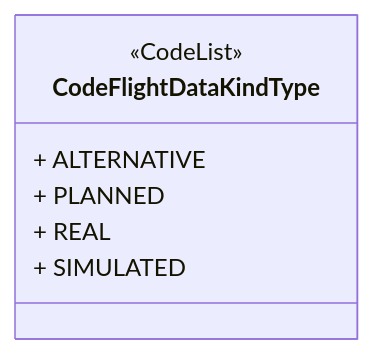
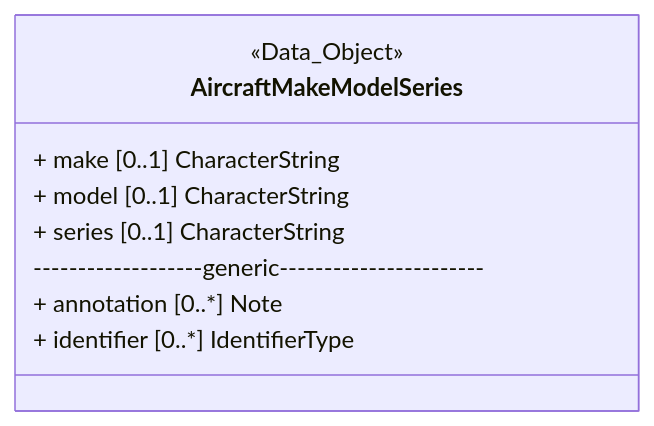
Diagram 11 of 46 in README.md (hlepori/testAIRM), drawn with Mermaid before and after one commit. The commit also changed other lines of this file, not shown here.

````diff
--- a/README.md
+++ b/README.md
@@ -400,10 +342,12 @@
 ```mermaid	
 classDiagram	
-class CodeFlightDataKindType	
-<<CodeList>> CodeFlightDataKindType	
-link CodeFlightDataKindType "https://airm.aero/developers/advanced-search/1.0.0/CodeFlightDataKindType?model=LogicalModel" "Go to definition"	
-CodeFlightDataKindType : + ALTERNATIVE	
-CodeFlightDataKindType : + PLANNED	
-CodeFlightDataKindType : + REAL	
-CodeFlightDataKindType : + SIMULATED	
+class AircraftMakeModelSeries	
+<<Data_Object>> AircraftMakeModelSeries	
+link AircraftMakeModelSeries "https://airm.aero/developers/advanced-search/1.0.0/AircraftMakeModelSeries?model=LogicalModel" "Go to definition"	
+AircraftMakeModelSeries : + make [0..1] CharacterString	
+AircraftMakeModelSeries : + model [0..1] CharacterString	
+AircraftMakeModelSeries : + series [0..1] CharacterString	
+AircraftMakeModelSeries: -------------------generic-----------------------	
+AircraftMakeModelSeries : + annotation [0..*] Note	
+AircraftMakeModelSeries : + identifier [0..*] IdentifierType	
 ```	
````
